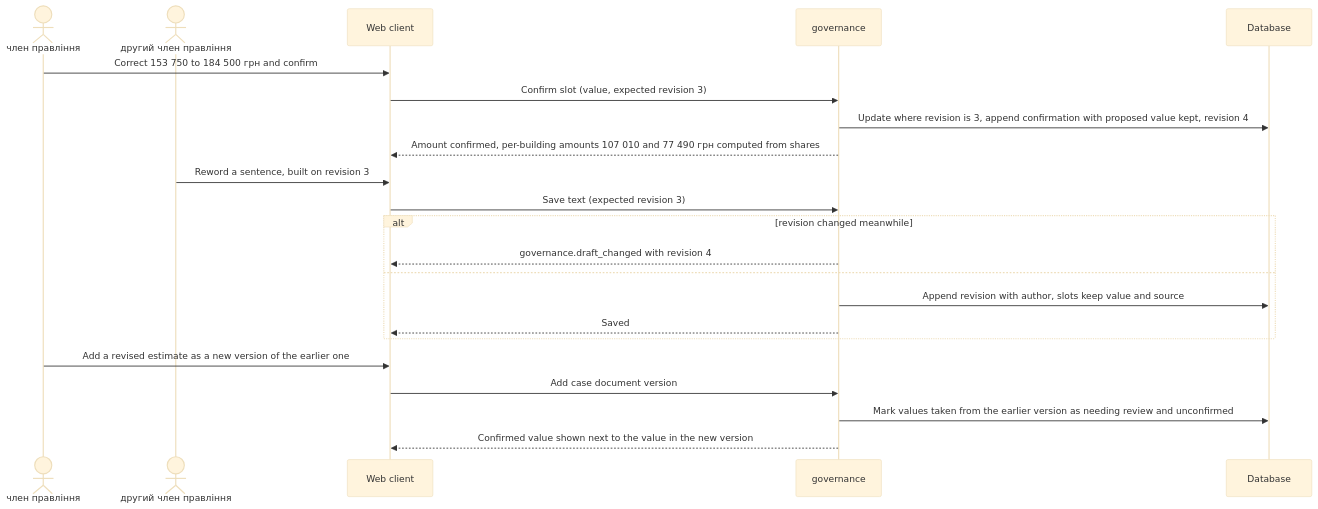
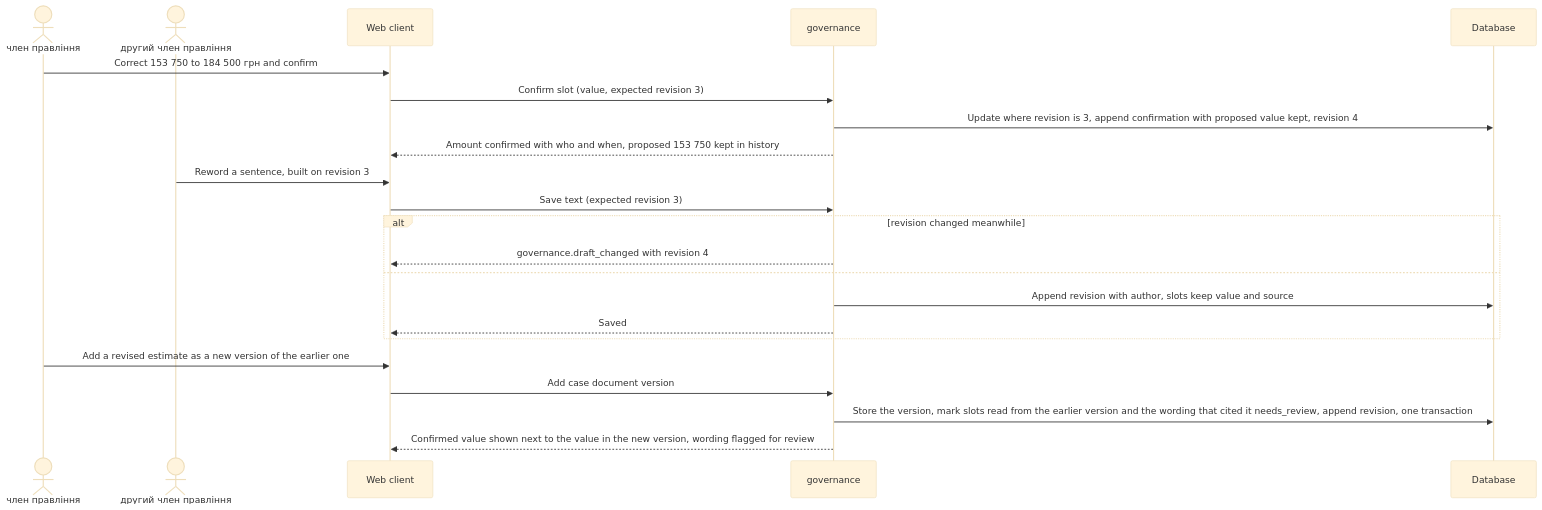
The fourth of 13 diagrams in docs/features/board-protocol/sad.ao-architecture.md (AndriiOpryshko/spilno), drawn with Mermaid (base theme) before and after one commit. The commit also changed other lines of this file and 11 other files, not shown here.

First line of the commit message:
board-protocol: ao-architecture SAD — cross-check fixes

````diff
--- a/docs/features/board-protocol/sad.ao-architecture.md
+++ b/docs/features/board-protocol/sad.ao-architecture.md
@@ -271,24 +277,24 @@
 ```mermaid
 sequenceDiagram
     actor M as член правління
     actor M2 as другий член правління
     participant web as Web client
     participant gov as governance
     participant db as Database
     M->>web: Correct 153 750 to 184 500 грн and confirm
     web->>gov: Confirm slot (value, expected revision 3)
     gov->>db: Update where revision is 3, append confirmation with proposed value kept, revision 4
-    gov-->>web: Amount confirmed, per-building amounts 107 010 and 77 490 грн computed from shares
+    gov-->>web: Amount confirmed with who and when, proposed 153 750 kept in history
     M2->>web: Reword a sentence, built on revision 3
     web->>gov: Save text (expected revision 3)
     alt revision changed meanwhile
         gov-->>web: governance.draft_changed with revision 4
     else
         gov->>db: Append revision with author, slots keep value and source
         gov-->>web: Saved
     end
     M->>web: Add a revised estimate as a new version of the earlier one
     web->>gov: Add case document version
-    gov->>db: Mark values taken from the earlier version as needing review and unconfirmed
-    gov-->>web: Confirmed value shown next to the value in the new version
+    gov->>db: Store the version, mark slots read from the earlier version and the wording that cited it needs_review, append revision, one transaction
+    gov-->>web: Confirmed value shown next to the value in the new version, wording flagged for review
 ```
````
